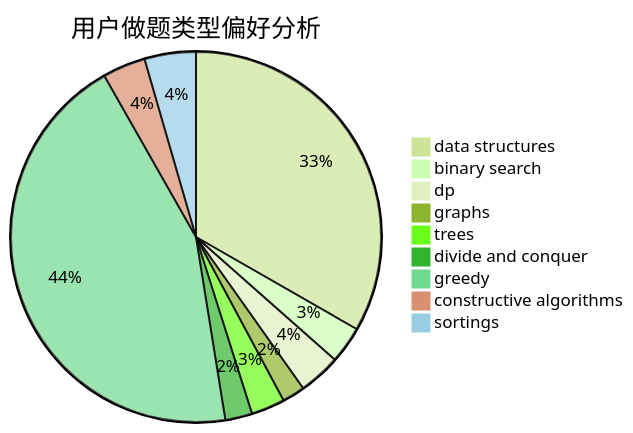
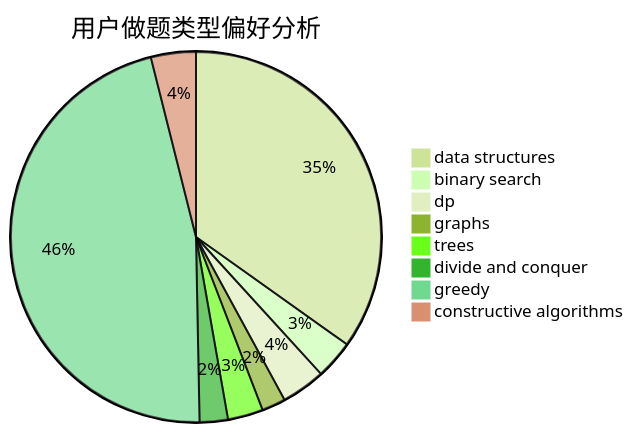
Before and after one commit to sherpahu/cfrs.github.io: the second of 3 diagrams in docs/user/u2533.md, drawn with Mermaid (forest theme). The commit also changed other lines of this file and 2769 other files, not shown here.

````diff
--- a/docs/user/u2533.md
+++ b/docs/user/u2533.md
@@ -18,12 +18,11 @@
 ```mermaid
 pie title 用户做题类型偏好分析
     "data structures" :  453
     "binary search" :  44
     "dp" :  50
     "graphs" :  27
     "trees" :  40
     "divide and conquer" :  32
     "greedy" :  603
     "constructive algorithms" :  51
-    "sortings" :  61
 ```
````
